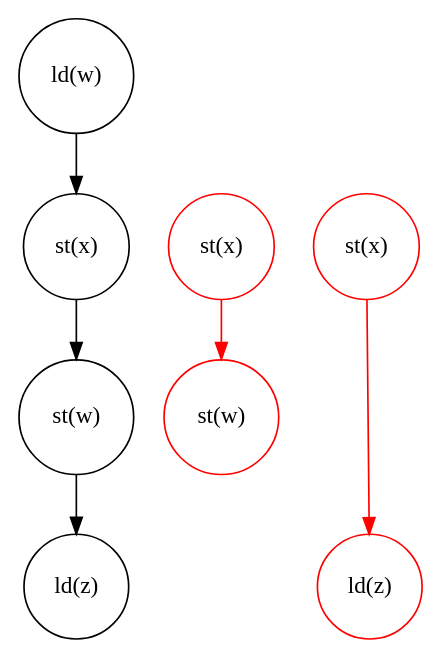
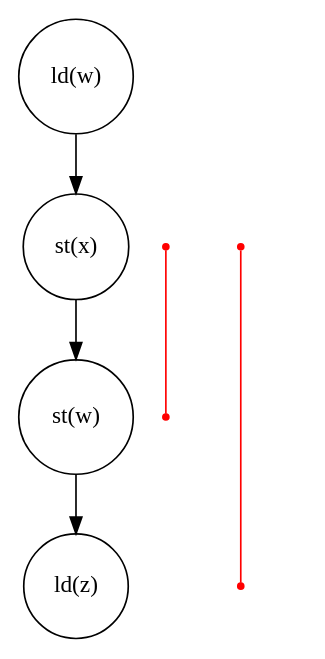
The seventh of 10 diagrams in presentation.org (johnbender/oopsla-2015-presentation), drawn with Graphviz before and after one commit. The commit also changed other lines of this file and 11 other files, not shown here.

Commit message:
alter the algorithm graphs per feedback

```diff
--- a/presentation.org
+++ b/presentation.org
@@ -1076,34 +1053,35 @@
    #+BEGIN_SRC dot :file assets/images/full-graph-cut-highlight.png :exports results
 digraph a {
  splines=line
  node [shape = circle];
  1 [label="ld(w)"]
  2 [label="st(x)"]
  3 [label="st(w)"]
  4 [label="ld(z)"]
 
  1 -> 2
  2 -> 3
  3 -> 4
 
- node[shape=circle]
+ node[shape=point]
+ 9 [color="red"]
+ 10 [ color="red"]
 
- 9 [label="st(x)", color="red"]
- 10 [label="st(w)", color="red"]
-
- 6 [label="st(x)", color="red"]
- 8 [label="ld(z)", color="red"]
+ 6 [color="red"]
+ 8 [ color="red"]
 
  node[shape=point style=invis]
  splines=line
+ 5 -> m [style=invis]
+ m -> 7 [style=invis]
  n -> 6 [style=invis]
  6 -> o [style=invis]
  o -> 8 [style=invis]
  p -> 9 [style=invis]
 
 
- 9 -> 10 [color="red"]
+ 9 -> 10 [color="red"  arrowhead=none]
 
- 6 -> 8 [color="red"]
+ 6 -> 8 [color="red"  arrowhead=none]
 }
    #+END_SRC
```
